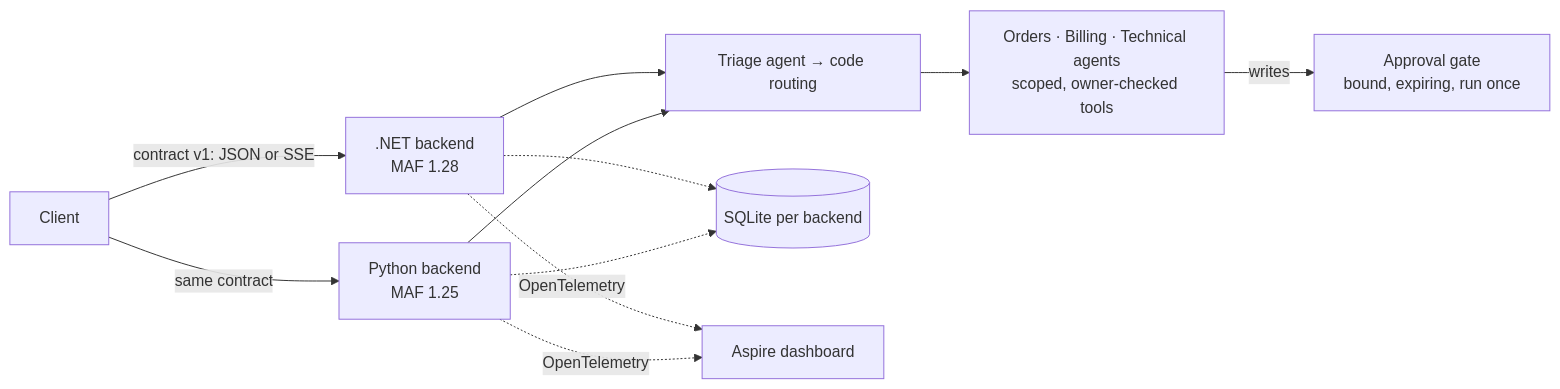
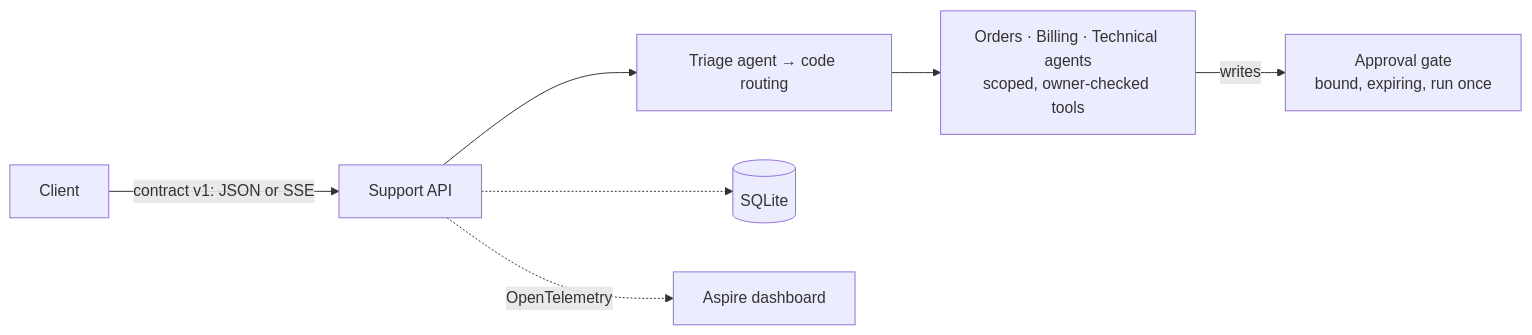
The diagram in README.md (olaheavy-dev/maf-support-lab), drawn with Mermaid before and after one commit. The commit also changed other lines of this file, not shown here.

Commit message:
README: show the flow once, with a note that it is built twice (#132)
## Summary

Owner's request: the top diagram showed the client talking to two
backends, which read as two systems. It now shows the flow once, with a
note underneath.

```diff
- Client -> .NET backend ; Client -> Python backend ; both -> triage ... ; SQLite per backend ; Aspire
+ Client -> Support API -> triage -> specialists -> approval gate ; SQLite ; Aspire
+ "The Support API is built twice, in C# (...) and in Python (...), each with its own SQLite store. ..."
```

The two-backend detail stays in the intro paragraph, the "What it
demonstrates" list and `docs/architecture.md`.

## Evidence

- `check_docs_links.py`: 31 files, 0 broken links.
- The Mermaid syntax is unchanged in kind: `flowchart LR` with the same
node shapes.

## Merge Danger

**Door:** two-way. **Blast Radius:** README.

````diff
--- a/README.md
+++ b/README.md
@@ -5,10 +5,9 @@
 ```mermaid
 flowchart LR
-    C[Client] -->|contract v1: JSON or SSE| A[.NET backend<br/>MAF 1.28]
-    C -->|same contract| P[Python backend<br/>MAF 1.25]
-    A & P --> T[Triage agent → code routing]
+    C[Client] -->|contract v1: JSON or SSE| A[Support API]
+    A --> T[Triage agent → code routing]
     T --> S[Orders · Billing · Technical agents<br/>scoped, owner-checked tools]
     S -->|writes| G[Approval gate<br/>bound, expiring, run once]
-    A & P -.-> D[(SQLite per backend)]
-    A & P -.->|OpenTelemetry| H[Aspire dashboard]
+    A -.-> D[(SQLite)]
+    A -.->|OpenTelemetry| H[Aspire dashboard]
 ```
````
